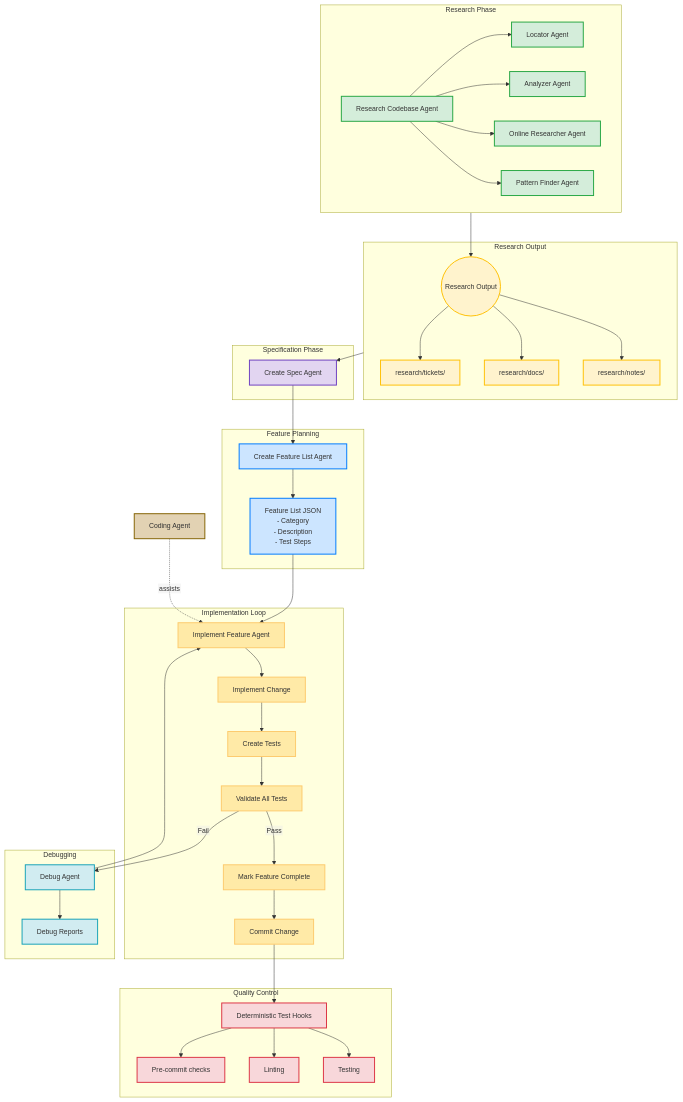
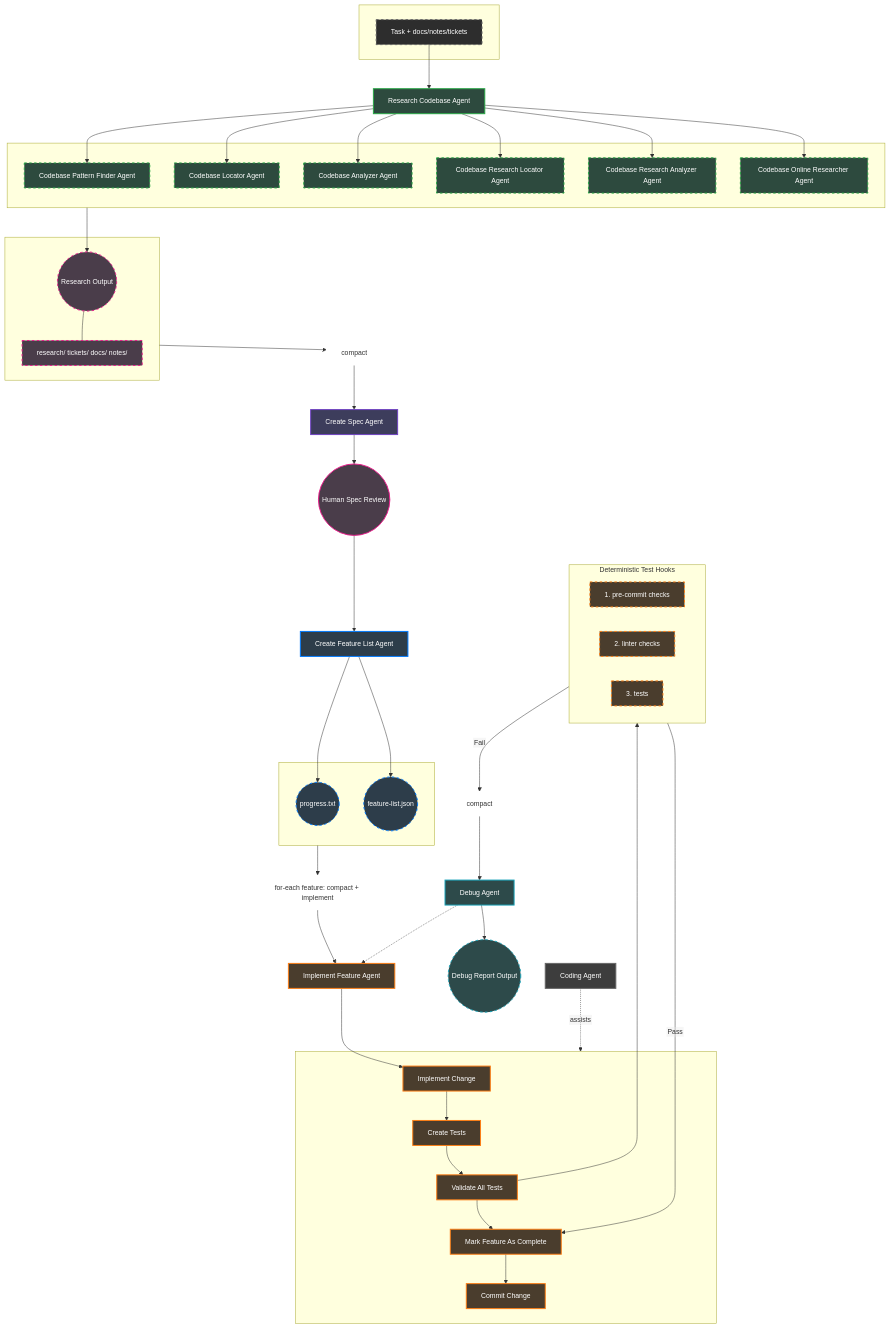
One commit to lavaman131/lavaman131.github.io changed the diagram in src/content/blog/agent-armory-workflow.mdx. Above: the diagram before and after it, drawn with Mermaid. The commit also changed other lines of this file and 8 other files, not shown here.

Commit message:
update colors on mermaid diagram

````diff
--- a/src/content/blog/agent-armory-workflow.mdx
+++ b/src/content/blog/agent-armory-workflow.mdx
@@ -64,99 +64,129 @@
   }
 }}%%
 flowchart TD
-    subgraph Research["Research Phase"]
-        RC[Research Codebase Agent]
-        RC --> RL[Locator Agent]
-        RC --> RA[Analyzer Agent]
-        RC --> RO[Online Researcher Agent]
-        RC --> RP[Pattern Finder Agent]
+    subgraph Input[" "]
+        TASK["Task + docs/notes/tickets"]
     end
 
-    subgraph Output["Research Output"]
-        ROut((Research Output))
-        Tickets["research/tickets/"]
-        Docs["research/docs/"]
-        Notes["research/notes/"]
-        ROut --> Tickets
-        ROut --> Docs
-        ROut --> Notes
+    RC[Research Codebase Agent]
+    TASK --> RC
+
+    subgraph ResearchAgents[" "]
+        CPF[Codebase Pattern Finder Agent]
+        CL[Codebase Locator Agent]
+        CA[Codebase Analyzer Agent]
+        CRL[Codebase Research Locator Agent]
+        CRA[Codebase Research Analyzer Agent]
+        COR[Codebase Online Researcher Agent]
     end
 
-    Research --> ROut
+    RC --> CPF
+    RC --> CL
+    RC --> CA
+    RC --> CRL
+    RC --> CRA
+    RC --> COR
 
-    subgraph Spec["Specification Phase"]
-        CS[Create Spec Agent]
+    subgraph Output[" "]
+        ROut((Research Output))
+        Tree["research/ tickets/ docs/ notes/"]
+        ROut --- Tree
     end
 
-    Output --> CS
+    ResearchAgents --> ROut
 
-    subgraph Features["Feature Planning"]
-        CFL[Create Feature List Agent]
-        FL["Feature List JSON
-        - Category
-        - Description
-        - Test Steps"]
+    COMPACT1[compact]
+    Output --> COMPACT1
+
+    CS[Create Spec Agent]
+    COMPACT1 --> CS
+
+    HSR((Human Spec Review))
+    CS --> HSR
+
+    CFL[Create Feature List Agent]
+    HSR --> CFL
+
+    subgraph FeatureOutput[" "]
+        PROG((progress.txt))
+        FLJSON((feature-list.json))
     end
 
-    CS --> CFL
-    CFL --> FL
+    CFL --> PROG
+    CFL --> FLJSON
 
-    subgraph Implementation["Implementation Loop"]
-        IMP[Implement Feature Agent]
+    LOOP[for-each feature: compact + implement]
+    FeatureOutput --> LOOP
+
+    IMP[Implement Feature Agent]
+    LOOP --> IMP
+
+    subgraph ImplLoop[" "]
         CHG[Implement Change]
         TST[Create Tests]
         VAL[Validate All Tests]
-        MRK[Mark Feature Complete]
+        MRK[Mark Feature As Complete]
         CMT[Commit Change]
 
-        IMP --> CHG
         CHG --> TST
         TST --> VAL
-        VAL -->|Pass| MRK
+        VAL --> MRK
         MRK --> CMT
     end
 
-    FL --> IMP
+    IMP --> CHG
 
-    subgraph QA["Quality Control"]
-        HOOK[Deterministic Test Hooks]
-        PRE["Pre-commit checks"]
-        LINT["Linting"]
-        TEST["Testing"]
-        HOOK --> PRE
-        HOOK --> LINT
-        HOOK --> TEST
+    subgraph QA["Deterministic Test Hooks"]
+        PRE["1. pre-commit checks"]
+        LINT["2. linter checks"]
+        TEST["3. tests"]
     end
 
-    CMT --> HOOK
+    VAL --> QA
 
-    subgraph Debug["Debugging"]
-        DBG[Debug Agent]
-        RPT["Debug Reports"]
-        DBG --> RPT
-    end
+    QA -->|Pass| MRK
 
-    VAL -->|Fail| DBG
-    DBG --> IMP
+    COMPACT2[compact]
+    QA -->|Fail| COMPACT2
+
+    DBG[Debug Agent]
+    COMPACT2 --> DBG
+
+    DBGRPT((Debug Report Output))
+    DBG --> DBGRPT
+    DBG -.-> IMP
 
     SUPP[Coding Agent]
-    SUPP -.->|assists| IMP
+    SUPP -.->|assists| ImplLoop
 
-    classDef research fill:#d4edda,stroke:#28a745,stroke-width:2px
-    classDef output fill:#fff3cd,stroke:#ffc107,stroke-width:2px
-    classDef spec fill:#e2d5f1,stroke:#6f42c1,stroke-width:2px
-    classDef feature fill:#cce5ff,stroke:#007bff,stroke-width:2px
-    classDef impl fill:#ffeaa7,stroke:#fdcb6e,stroke-width:2px
-    classDef qa fill:#f8d7da,stroke:#dc3545,stroke-width:2px
-    classDef debug fill:#d1ecf1,stroke:#17a2b8,stroke-width:2px
-    classDef support fill:#e2d2b3,stroke:#856404,stroke-width:2px
+    classDef input fill:#2d2d2d,stroke:#666,stroke-width:2px,stroke-dasharray: 5 5,color:#fff
+    classDef research fill:#2d4a3e,stroke:#28a745,stroke-width:2px,color:#fff
+    classDef researchSub fill:#2d4a3e,stroke:#28a745,stroke-width:2px,stroke-dasharray: 5 5,color:#fff
+    classDef output fill:#4a3d4a,stroke:#e91e8c,stroke-width:2px,stroke-dasharray: 5 5,color:#fff
+    classDef spec fill:#3d3d5c,stroke:#6f42c1,stroke-width:2px,color:#fff
+    classDef review fill:#4a3d4a,stroke:#e91e8c,stroke-width:2px,color:#fff
+    classDef feature fill:#2d3d4a,stroke:#007bff,stroke-width:2px,color:#fff
+    classDef featureOut fill:#2d3d4a,stroke:#007bff,stroke-width:2px,stroke-dasharray: 5 5,color:#fff
+    classDef impl fill:#4a3d2d,stroke:#fd7e14,stroke-width:2px,color:#fff
+    classDef implLoop fill:#4a3d2d,stroke:#fd7e14,stroke-width:2px,stroke-dasharray: 5 5,color:#fff
+    classDef qa fill:#4a3d2d,stroke:#fd7e14,stroke-width:2px,stroke-dasharray: 5 5,color:#fff
+    classDef debug fill:#2d4a4a,stroke:#17a2b8,stroke-width:2px,color:#fff
+    classDef debugOut fill:#2d4a4a,stroke:#17a2b8,stroke-width:2px,stroke-dasharray: 5 5,color:#fff
+    classDef support fill:#3d3d3d,stroke:#666,stroke-width:2px,color:#fff
+    classDef annotation fill:none,stroke:none
 
-    class RC,RL,RA,RO,RP research
-    class ROut,Tickets,Docs,Notes output
+    class TASK input
+    class RC research
+    class CPF,CL,CA,CRL,CRA,COR researchSub
+    class ROut,Tree output
     class CS spec
-    class CFL,FL feature
+    class HSR review
+    class CFL feature
+    class PROG,FLJSON featureOut
     class IMP,CHG,TST,VAL,MRK,CMT impl
-    class HOOK,PRE,LINT,TEST qa
-    class DBG,RPT debug
+    class PRE,LINT,TEST qa
+    class DBG debug
+    class DBGRPT debugOut
     class SUPP support
+    class COMPACT1,COMPACT2,LOOP annotation
 ```
````
